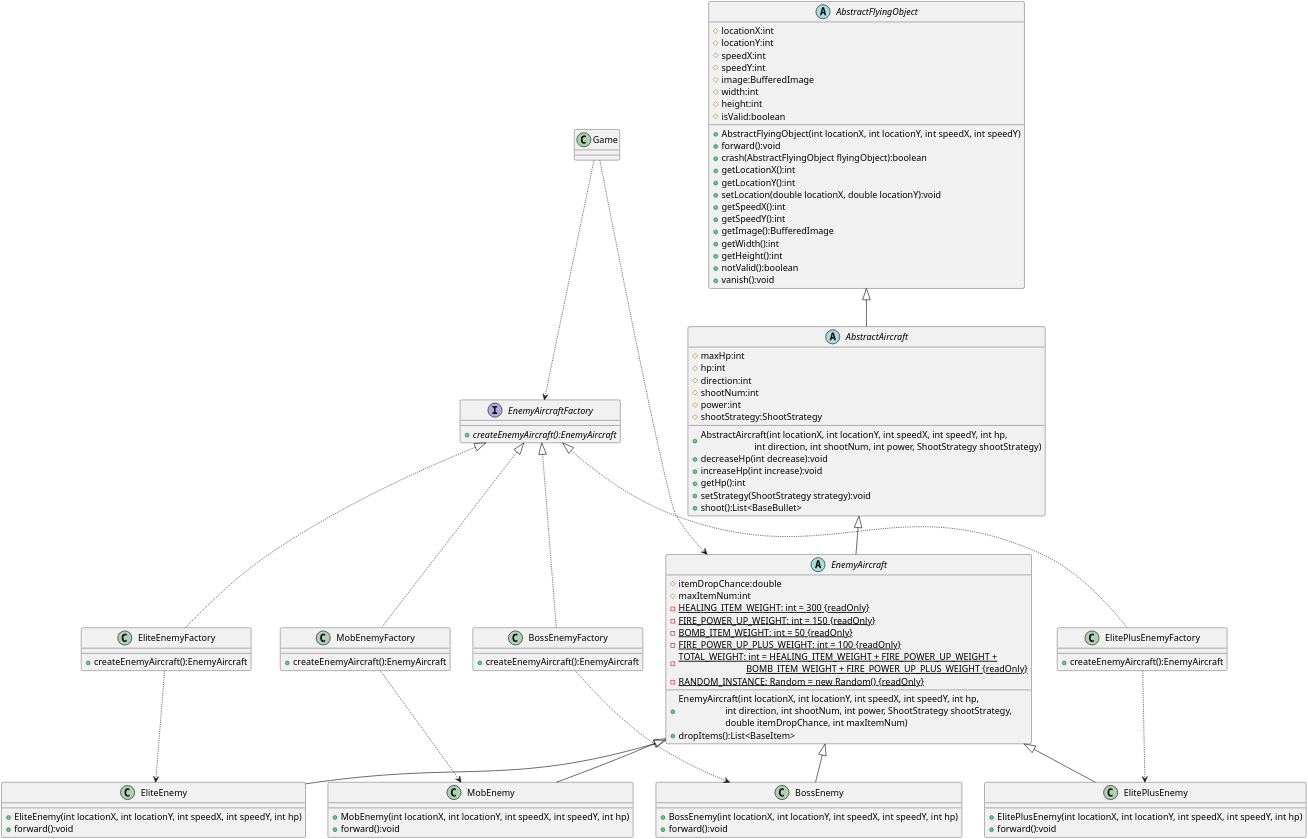
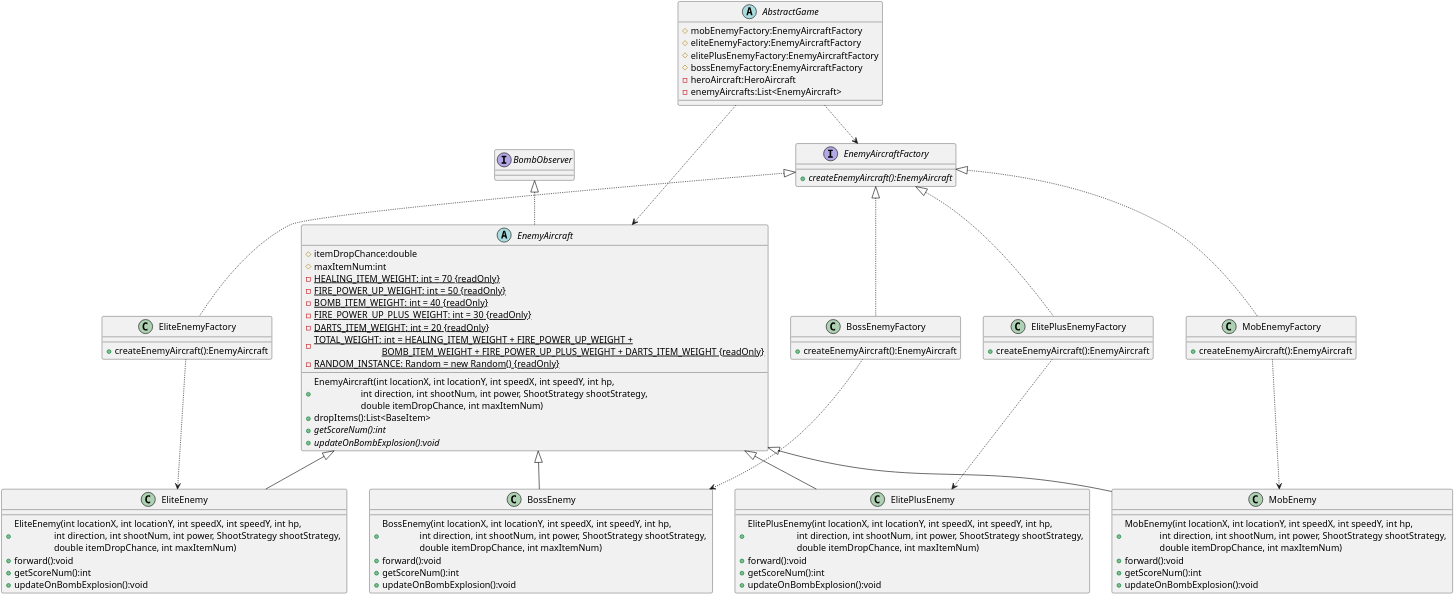
Before and after one commit to SymmFz/OOP-AircraftWar-Practice: the diagram in uml/EnemyAircraft.puml, drawn with PlantUML. The commit also changed 1 other file, not shown here.

Commit message:
chore(puml): update EnemyAircraft.puml & Items.puml

```diff
--- a/uml/EnemyAircraft.puml
+++ b/uml/EnemyAircraft.puml
@@ -1,142 +1,118 @@
 @startuml
 'https://plantuml.com/class-diagram
 
 scale 4
 
 !pragma sveglimit 65536
 
-class Game
+abstract class AbstractGame
 {
-
+    # mobEnemyFactory:EnemyAircraftFactory
+    # eliteEnemyFactory:EnemyAircraftFactory
+    # elitePlusEnemyFactory:EnemyAircraftFactory
+    # bossEnemyFactory:EnemyAircraftFactory
+    - heroAircraft:HeroAircraft
+    - enemyAircrafts:List<EnemyAircraft>
 }
 
-Game ..> EnemyAircraft
-Game ..> EnemyAircraftFactory
+AbstractGame ..> EnemyAircraft
+AbstractGame ..> EnemyAircraftFactory
 
 
 interface EnemyAircraftFactory
 {
     + {abstract} createEnemyAircraft():EnemyAircraft
 }
 
 class MobEnemyFactory
 {
     + createEnemyAircraft():EnemyAircraft
 }
 
 class EliteEnemyFactory
 {
     + createEnemyAircraft():EnemyAircraft
 }
 
 class BossEnemyFactory
 {
     + createEnemyAircraft():EnemyAircraft
 }
 
 class ElitePlusEnemyFactory
 {
     + createEnemyAircraft():EnemyAircraft
 }
 
 EnemyAircraftFactory <|.. MobEnemyFactory
 EnemyAircraftFactory <|.. EliteEnemyFactory
 EnemyAircraftFactory <|.. BossEnemyFactory
 EnemyAircraftFactory <|.. ElitePlusEnemyFactory
 
 MobEnemyFactory ..> MobEnemy
 EliteEnemyFactory ..> EliteEnemy
 BossEnemyFactory ..> BossEnemy
 ElitePlusEnemyFactory ..> ElitePlusEnemy
 
-abstract class AbstractFlyingObject
-{
-    # locationX:int
-    # locationY:int
-    # speedX:int
-    # speedY:int
-    # image:BufferedImage
-    # width:int
-    # height:int
-    # isValid:boolean
-
-    + AbstractFlyingObject(int locationX, int locationY, int speedX, int speedY)
-    + forward():void
-    + crash(AbstractFlyingObject flyingObject):boolean
-    + getLocationX():int
-    + getLocationY():int
-    + setLocation(double locationX, double locationY):void
-    + getSpeedX():int
-    + getSpeedY():int
-    + getImage():BufferedImage
-    + getWidth():int
-    + getHeight():int
-    + notValid():boolean
-    + vanish():void
-}
-
-
-abstract class AbstractAircraft
-{
-	# maxHp:int
-    # hp:int
-    # direction:int
-    # shootNum:int
-    # power:int
-    # shootStrategy:ShootStrategy
-    + AbstractAircraft(int locationX, int locationY, int speedX, int speedY, int hp, \n\
-                       int direction, int shootNum, int power, ShootStrategy shootStrategy)
-    + decreaseHp(int decrease):void
-    + increaseHp(int increase):void
-    + getHp():int
-    + setStrategy(ShootStrategy strategy):void
-    + shoot():List<BaseBullet>
- }
-
-AbstractFlyingObject <|-- AbstractAircraft
-
-abstract class EnemyAircraft {
+abstract class EnemyAircraft implements BombObserver {
     # itemDropChance:double
     # maxItemNum:int
-    - {static} HEALING_ITEM_WEIGHT: int = 300 {readOnly}
-    - {static} FIRE_POWER_UP_WEIGHT: int = 150 {readOnly}
-    - {static} BOMB_ITEM_WEIGHT: int = 50 {readOnly}
-    - {static} FIRE_POWER_UP_PLUS_WEIGHT: int = 100 {readOnly}
+    - {static} HEALING_ITEM_WEIGHT: int = 70 {readOnly}
+    - {static} FIRE_POWER_UP_WEIGHT: int = 50 {readOnly}
+    - {static} BOMB_ITEM_WEIGHT: int = 40 {readOnly}
+    - {static} FIRE_POWER_UP_PLUS_WEIGHT: int = 30 {readOnly}
+    - {static} DARTS_ITEM_WEIGHT: int = 20 {readOnly}
     - {static} TOTAL_WEIGHT: int = HEALING_ITEM_WEIGHT + FIRE_POWER_UP_WEIGHT + \n\
-                             BOMB_ITEM_WEIGHT + FIRE_POWER_UP_PLUS_WEIGHT {readOnly}
+                             BOMB_ITEM_WEIGHT + FIRE_POWER_UP_PLUS_WEIGHT + DARTS_ITEM_WEIGHT {readOnly}
     - {field} {static} RANDOM_INSTANCE: Random = new Random() {readOnly}
     + EnemyAircraft(int locationX, int locationY, int speedX, int speedY, int hp, \n\
                     int direction, int shootNum, int power, ShootStrategy shootStrategy, \n\
                     double itemDropChance, int maxItemNum)
     + dropItems():List<BaseItem>
+    + {abstract} getScoreNum():int
+    + {abstract} updateOnBombExplosion():void
 }
 
-AbstractAircraft <|-- EnemyAircraft
-
 class MobEnemy {
-    + MobEnemy(int locationX, int locationY, int speedX, int speedY, int hp)
+    + MobEnemy(int locationX, int locationY, int speedX, int speedY, int hp, \n\
+               int direction, int shootNum, int power, ShootStrategy shootStrategy, \n\
+               double itemDropChance, int maxItemNum)
     + forward():void
+    + getScoreNum():int
+    + updateOnBombExplosion():void
 }
 
 class EliteEnemy {
-    + EliteEnemy(int locationX, int locationY, int speedX, int speedY, int hp)
+    + EliteEnemy(int locationX, int locationY, int speedX, int speedY, int hp, \n\
+                 int direction, int shootNum, int power, ShootStrategy shootStrategy, \n\
+                 double itemDropChance, int maxItemNum)
     + forward():void
+    + getScoreNum():int
+    + updateOnBombExplosion():void
 }
 
 
 class BossEnemy {
-    + BossEnemy(int locationX, int locationY, int speedX, int speedY, int hp)
+    + BossEnemy(int locationX, int locationY, int speedX, int speedY, int hp, \n\
+                int direction, int shootNum, int power, ShootStrategy shootStrategy, \n\
+                double itemDropChance, int maxItemNum)
     + forward():void
+    + getScoreNum():int
+    + updateOnBombExplosion():void
 }
 
 class ElitePlusEnemy {
-    + ElitePlusEnemy(int locationX, int locationY, int speedX, int speedY, int hp)
+    + ElitePlusEnemy(int locationX, int locationY, int speedX, int speedY, int hp, \n\
+                     int direction, int shootNum, int power, ShootStrategy shootStrategy, \n\
+                     double itemDropChance, int maxItemNum)
     + forward():void
+    + getScoreNum():int
+    + updateOnBombExplosion():void
 }
 
 EnemyAircraft <|-- MobEnemy
 EnemyAircraft <|-- EliteEnemy
 EnemyAircraft <|-- BossEnemy
 EnemyAircraft <|-- ElitePlusEnemy
 
 @enduml
```
